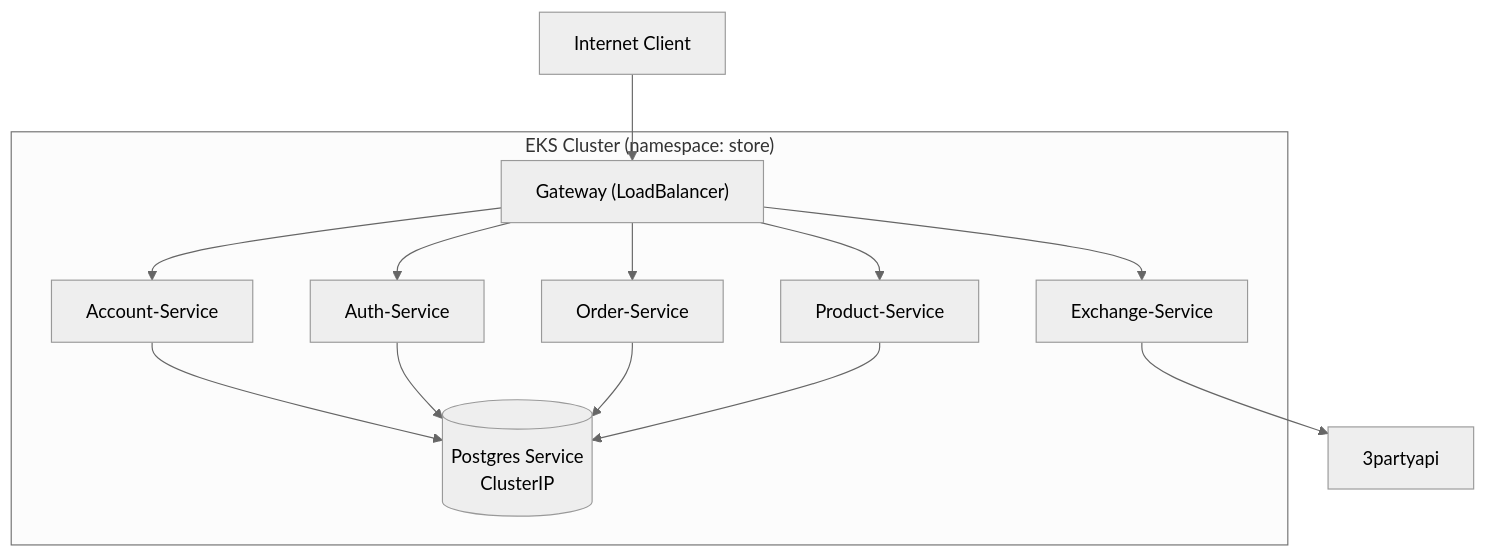
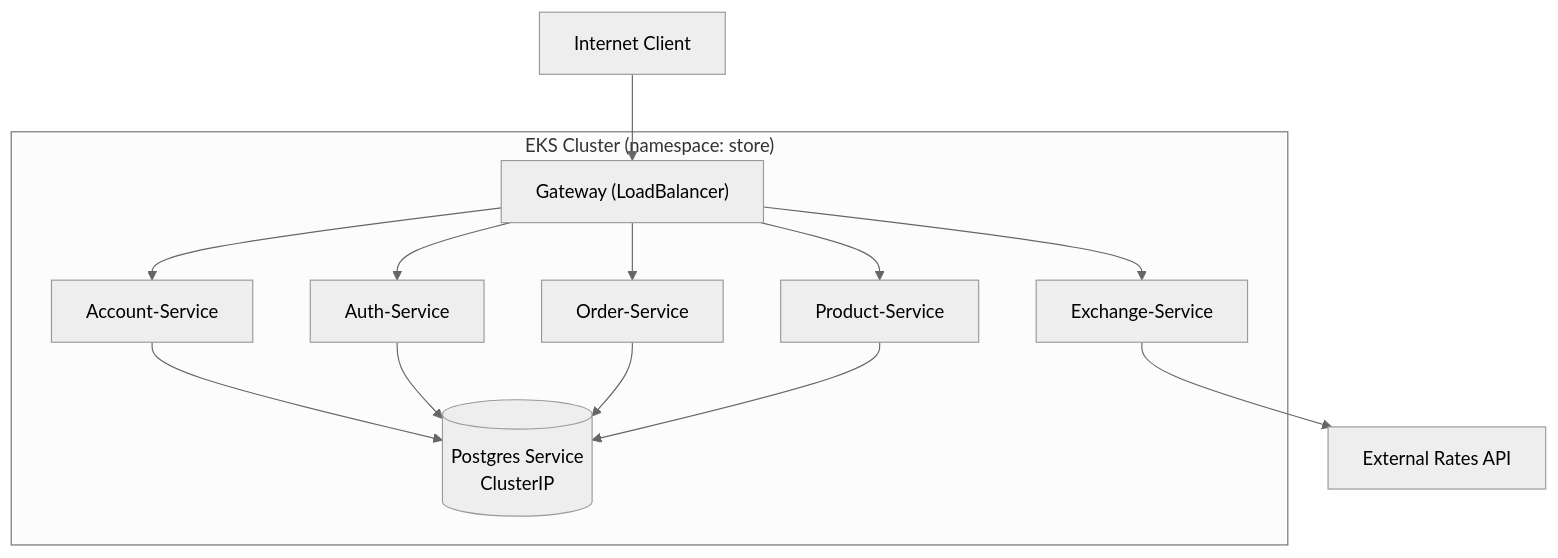
The diagram in docs/k8s/kubernetes.md (microservices-architecture-example/microservices-architecture-example.github.io), drawn with Mermaid (neutral theme) before and after one commit. The commit also changed other lines of this file and 1 other file, not shown here.

````diff
--- a/docs/k8s/kubernetes.md
+++ b/docs/k8s/kubernetes.md
@@ -40,29 +56,29 @@
 ```mermaid
 flowchart TB
     subgraph AWS_EKS["EKS Cluster (namespace: store)"]
         DB[(Postgres Service\nClusterIP)]
         GW["Gateway (LoadBalancer)"]
         ACC["Account-Service"]
         AUTH["Auth-Service"]
         ORD["Order-Service"]
         PROD["Product-Service"]
         EXC["Exchange-Service"]
         
         GW --> AUTH
         GW --> ACC
         GW --> ORD
         GW --> PROD
         GW --> EXC
         
         ACC --> DB
         AUTH --> DB
         ORD --> DB
         PROD --> DB
     end
     
     EXT[Internet Client]
-    3PP[3partyapi]
+    3PP[External Rates API]
     
     EXT --> GW
     EXC --> 3PP
 ```
````
